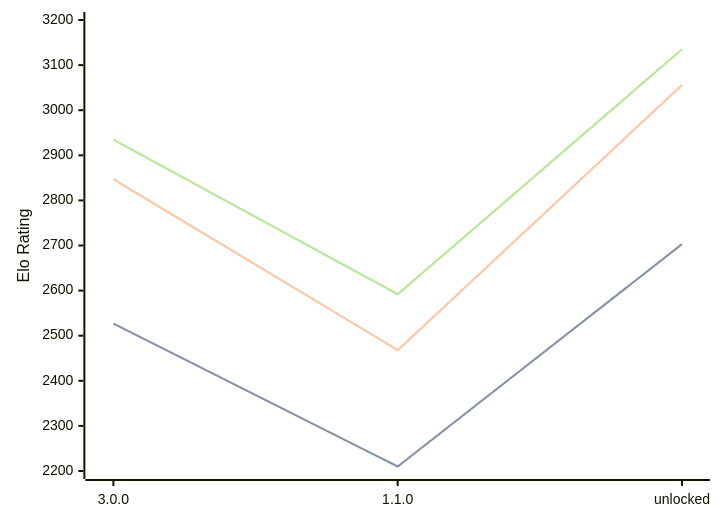
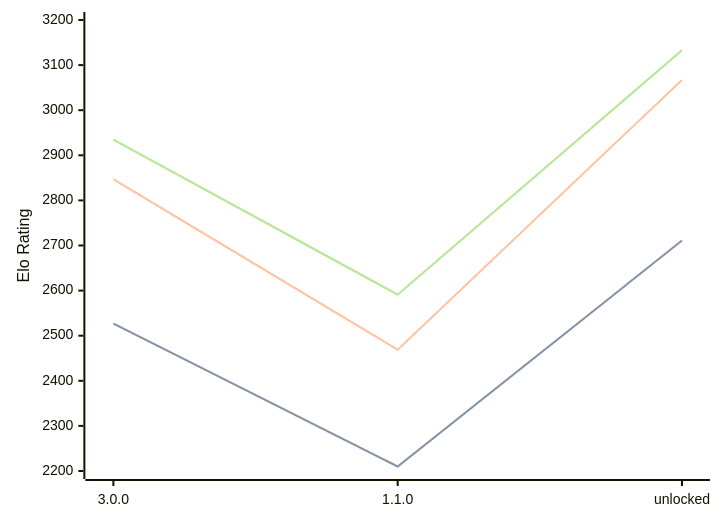
Before and after one commit to computer-chess-index/cci: the diagram in engines/Potential.md, drawn with Mermaid. The commit also changed other lines of this file, not shown here.

Commit message:
Update CCI Ratings (ELO VLTC) - 2026-07-30

````diff
--- a/engines/Potential.md
+++ b/engines/Potential.md
@@ -35,11 +35,11 @@
 ```mermaid
 %%{init: {"theme":"base","themeVariables":{"seriesColors:['#a3a3a3','#222221','#faa371']}}}%%
 xychart-beta
   x-axis ["3.0.0", "1.1.0", "unlocked"]
   y-axis "Elo Rating" 2200 --> 3200
-  line "STC (8.0+0.08s)" [2527, 2210, 2703]
-  line "STC (8.0+0.08s)" [2527, 2210, 2703]
-  line "LTC (60.0+0.60s)" [2847, 2468, 3056]
-  line "VLTC (2m24s+1.12s)" [2935, 2592, 3135]
-  line "VLTC (2m24s+1.12s)" [2935, 2592, 3135]
+  line "STC (8.0+0.08s)" [2527, 2210, 2711]
+  line "STC (8.0+0.08s)" [2527, 2210, 2711]
+  line "LTC (60.0+0.60s)" [2847, 2469, 3067]
+  line "VLTC (2m24s+1.12s)" [2935, 2591, 3133]
+  line "VLTC (2m24s+1.12s)" [2935, 2591, 3133]
 ```
````
